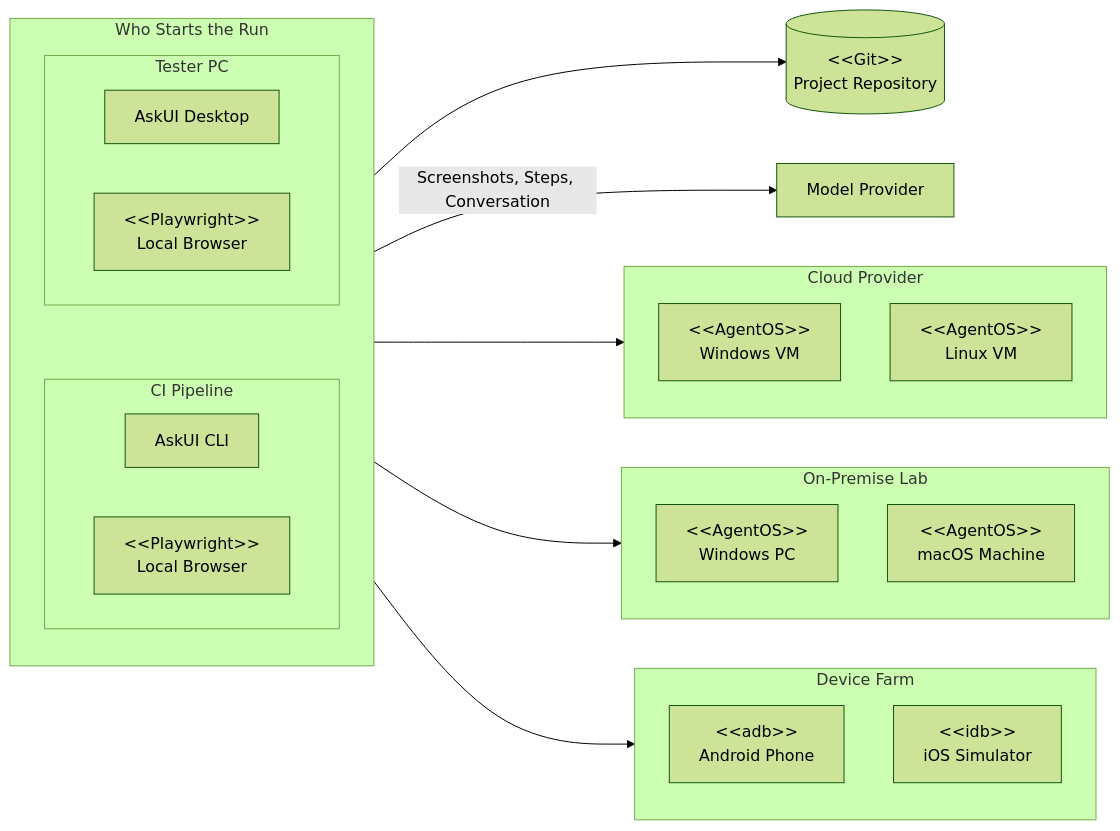
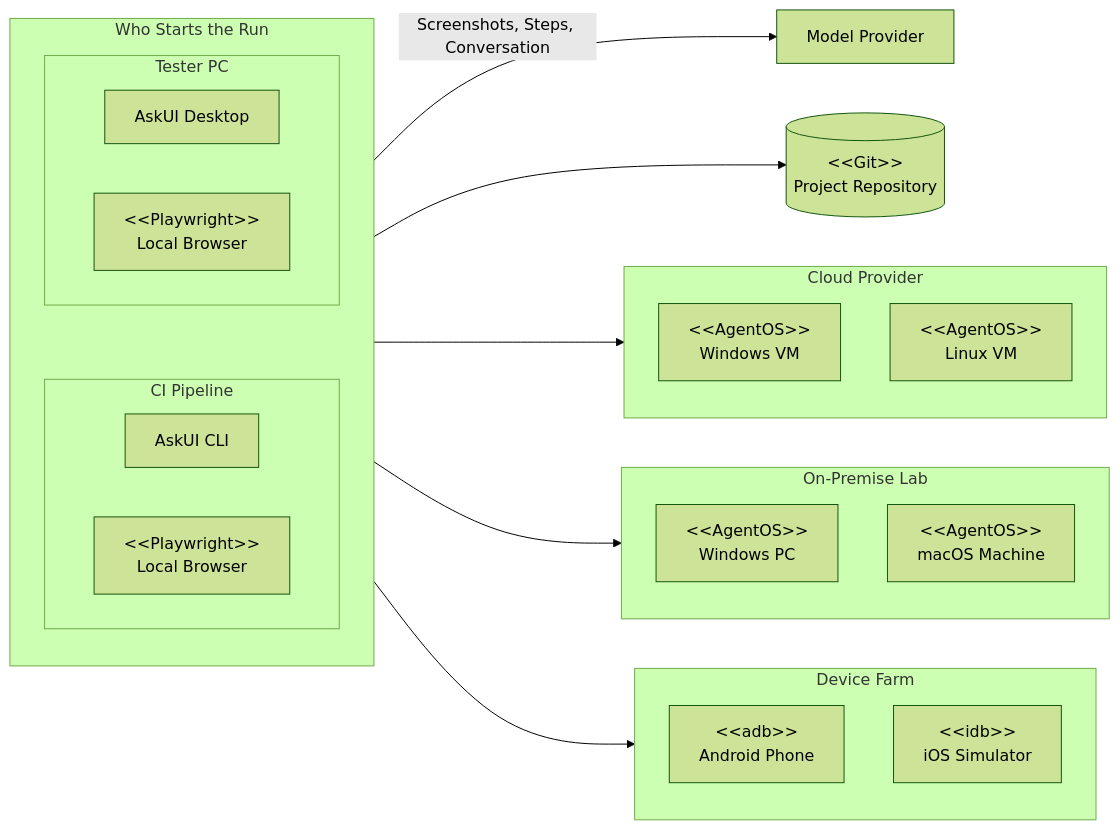
Before and after one commit to askui/docs-rewrite: the second of 2 diagrams in content/docs/concepts/enterprise-fit.mdx, drawn with Mermaid (forest theme). The commit also changed other lines of this file and 1 other file, not shown here.

````diff
--- a/content/docs/concepts/enterprise-fit.mdx
+++ b/content/docs/concepts/enterprise-fit.mdx
@@ -49,33 +49,33 @@
 ```mermaid
 flowchart LR
   subgraph starts["Who Starts the Run"]
     subgraph pc["Tester PC"]
       D["AskUI Desktop"]
       B1["&lt;&lt;Playwright&gt;&gt;<br/>Local Browser"]
     end
     subgraph ci["CI Pipeline"]
       C["AskUI CLI"]
       B2["&lt;&lt;Playwright&gt;&gt;<br/>Local Browser"]
     end
     pc ~~~ ci
   end
   M["Model Provider"]
   R[("&lt;&lt;Git&gt;&gt;<br/>Project Repository")]
   subgraph cloud["Cloud Provider"]
     V1["&lt;&lt;AgentOS&gt;&gt;<br/>Windows VM"]
     V2["&lt;&lt;AgentOS&gt;&gt;<br/>Linux VM"]
   end
   subgraph lab["On-Premise Lab"]
     P1["&lt;&lt;AgentOS&gt;&gt;<br/>Windows PC"]
     P2["&lt;&lt;AgentOS&gt;&gt;<br/>macOS Machine"]
   end
   subgraph farm["Device Farm"]
     A1["&lt;&lt;adb&gt;&gt;<br/>Android Phone"]
     I1["&lt;&lt;idb&gt;&gt;<br/>iOS Simulator"]
   end
+  starts -->|"Screenshots, Steps, Conversation"| M
   starts --> R
-  starts -->|"Screenshots, Steps, Conversation"| M
   starts --> cloud
   starts --> lab
   starts --> farm
 ```
````
